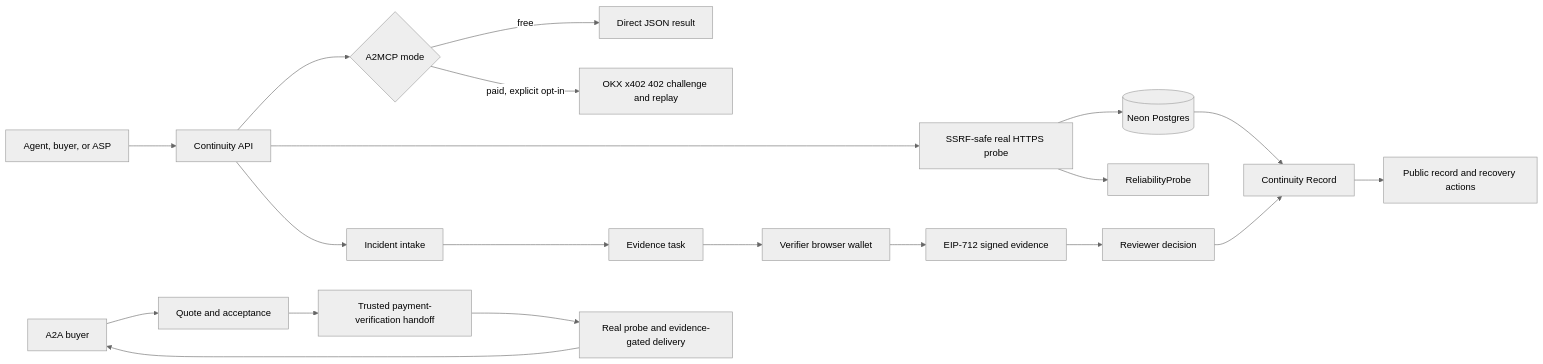
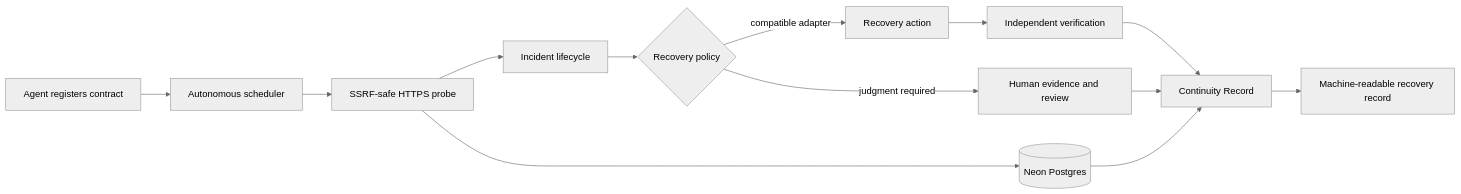
Before and after one commit to arko05roy/Continuity-OKX: the diagram in README.md, drawn with Mermaid (neutral theme). The commit also changed other lines of this file and 37 other files, not shown here.

Commit message:
Improve Continuity reliability and investigation workflows

````diff
--- a/README.md
+++ b/README.md
@@ -42,25 +88,15 @@
 ```mermaid
 flowchart LR
-    A[Agent, buyer, or ASP] --> B[Continuity API]
-    B --> C{A2MCP mode}
-    C -->|free| D[Direct JSON result]
-    C -->|paid, explicit opt-in| E[OKX x402 402 challenge and replay]
-
-    B --> F[SSRF-safe real HTTPS probe]
-    F --> G[(Neon Postgres)]
-    F --> H[ReliabilityProbe]
-
-    B --> I[Incident intake]
-    I --> J[Evidence task]
-    J --> K[Verifier browser wallet]
-    K --> L[EIP-712 signed evidence]
-    L --> M[Reviewer decision]
-    M --> N[Continuity Record]
-    G --> N
-    N --> O[Public record and recovery actions]
-
-    P[A2A buyer] --> Q[Quote and acceptance]
-    Q --> R[Trusted payment-verification handoff]
-    R --> S[Real probe and evidence-gated delivery]
-    S --> P
+    A["Agent registers contract"] --> B["Autonomous scheduler"]
+    B --> C["SSRF-safe HTTPS probe"]
+    C --> D[("Neon Postgres")]
+    C --> E["Incident lifecycle"]
+    E --> F{"Recovery policy"}
+    F -->|"compatible adapter"| G["Recovery action"]
+    G --> H["Independent verification"]
+    H --> I["Continuity Record"]
+    F -->|"judgment required"| J["Human evidence and review"]
+    J --> I
+    D --> I
+    I --> K["Machine-readable recovery record"]
 ```
````
